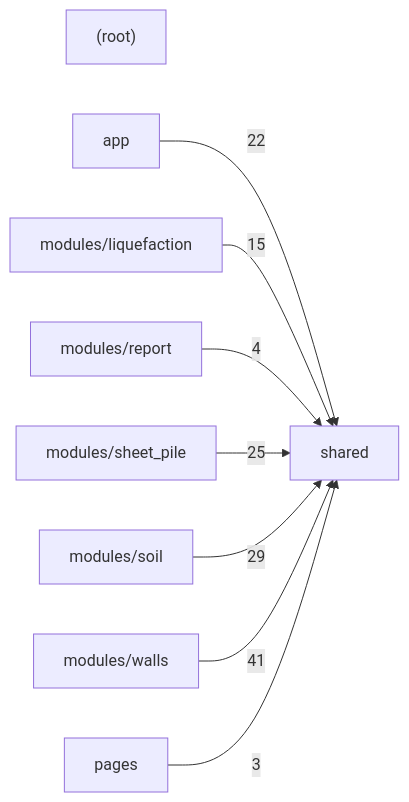
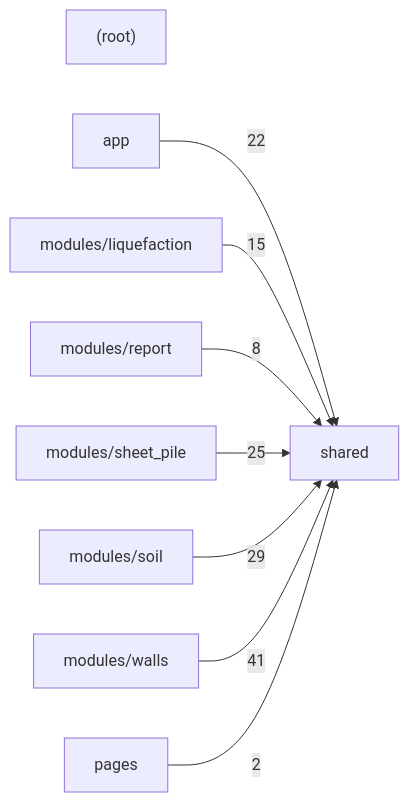
One commit to umutsertkaya/Foundation_Engineering_Program changed the second of 2 diagrams in docs/CODE_MAP.md. Above: the diagram before and after it, drawn with Mermaid. The commit also changed other lines of this file and 11 other files, not shown here.

````diff
--- a/docs/CODE_MAP.md
+++ b/docs/CODE_MAP.md
@@ -557,19 +557,19 @@
 ```mermaid
 graph LR
   _root_["(root)"]
   app["app"]
   modules_liquefaction["modules/liquefaction"]
   modules_report["modules/report"]
   modules_sheet_pile["modules/sheet_pile"]
   modules_soil["modules/soil"]
   modules_walls["modules/walls"]
   pages["pages"]
   shared["shared"]
   app -->|22| shared
   modules_liquefaction -->|15| shared
-  modules_report -->|4| shared
+  modules_report -->|8| shared
   modules_sheet_pile -->|25| shared
   modules_soil -->|29| shared
   modules_walls -->|41| shared
-  pages -->|3| shared
+  pages -->|2| shared
 ```
````
